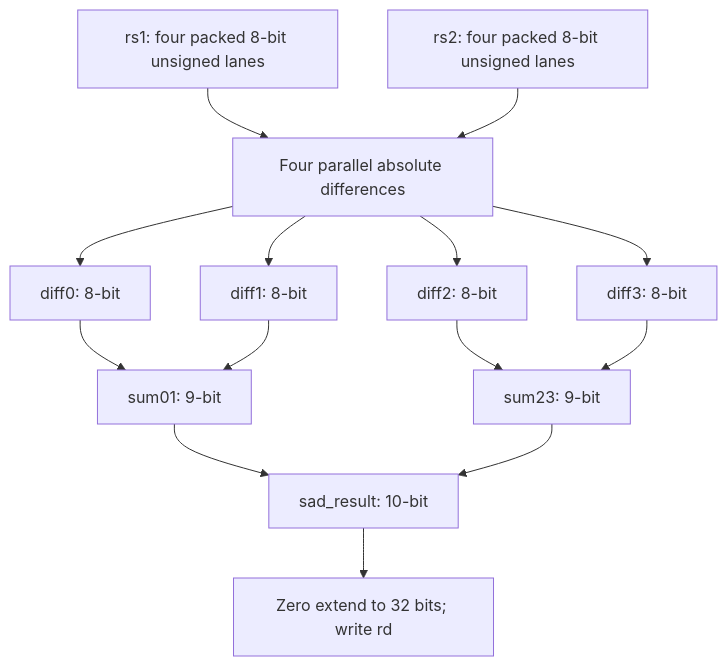
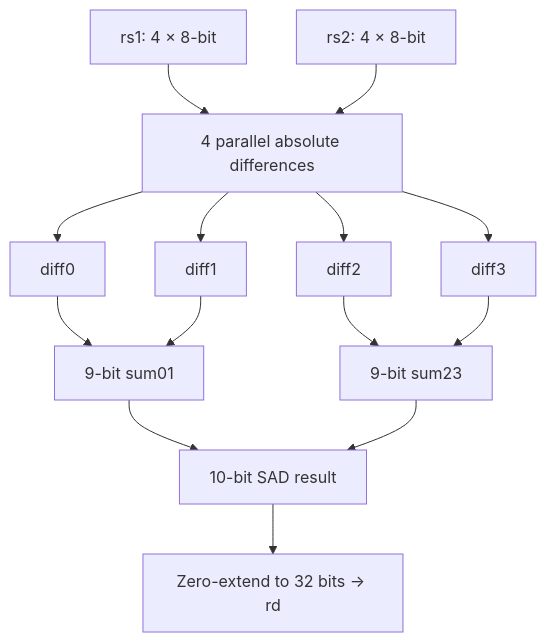
The second of 2 diagrams in README.md (RL-Hillman/RV32I-Single-Cycle-CPU), drawn with Mermaid before and after one commit. The commit also changed other lines of this file, not shown here.

````diff
--- a/README.md
+++ b/README.md
@@ -226,16 +123,16 @@
 ```mermaid
 flowchart TB
-    A["rs1: four packed 8-bit unsigned lanes"] --> D["Four parallel absolute differences"]
-    B["rs2: four packed 8-bit unsigned lanes"] --> D
-    D --> D0["diff0: 8-bit"]
-    D --> D1["diff1: 8-bit"]
-    D --> D2["diff2: 8-bit"]
-    D --> D3["diff3: 8-bit"]
-    D0 --> S01["sum01: 9-bit"]
+    A["rs1: 4 × 8-bit"] --> L["4 parallel absolute differences"]
+    B["rs2: 4 × 8-bit"] --> L
+    L --> D0["diff0"]
+    L --> D1["diff1"]
+    L --> D2["diff2"]
+    L --> D3["diff3"]
+    D0 --> S01["9-bit sum01"]
     D1 --> S01
-    D2 --> S23["sum23: 9-bit"]
+    D2 --> S23["9-bit sum23"]
     D3 --> S23
-    S01 --> S["sad_result: 10-bit"]
-    S23 --> S
-    S --> RESULT["Zero extend to 32 bits; write rd"]
+    S01 --> SUM["10-bit SAD result"]
+    S23 --> SUM
+    SUM --> RD["Zero-extend to 32 bits → rd"]
 ```
````
